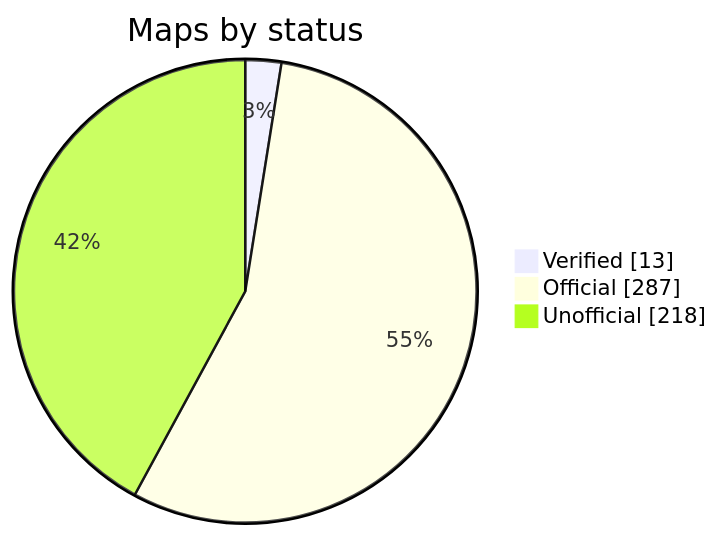
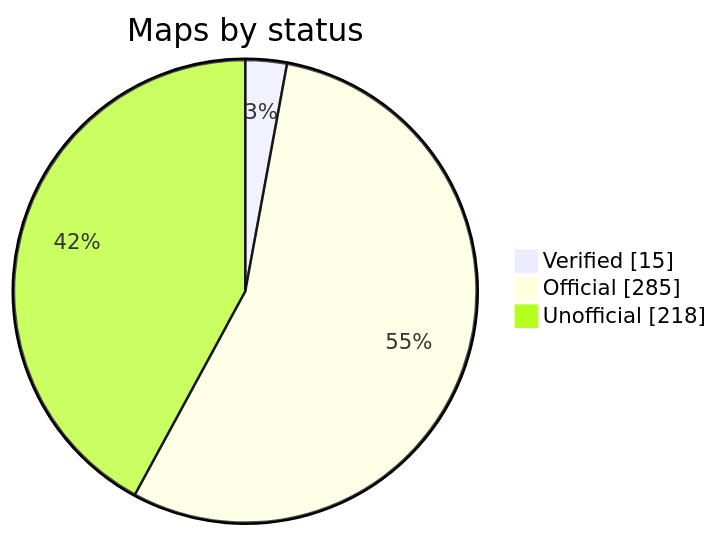
One commit to nobrega8/mbmap-library changed the diagram in README.md. Above: the diagram before and after it, drawn with Mermaid. The commit also changed 6 other files, not shown here.

````diff
--- a/README.md
+++ b/README.md
@@ -52,7 +52,7 @@
 ```mermaid
 pie showData
     title Maps by status
-    "Verified" : 13
-    "Official" : 287
+    "Verified" : 15
+    "Official" : 285
     "Unofficial" : 218
 ```
````
